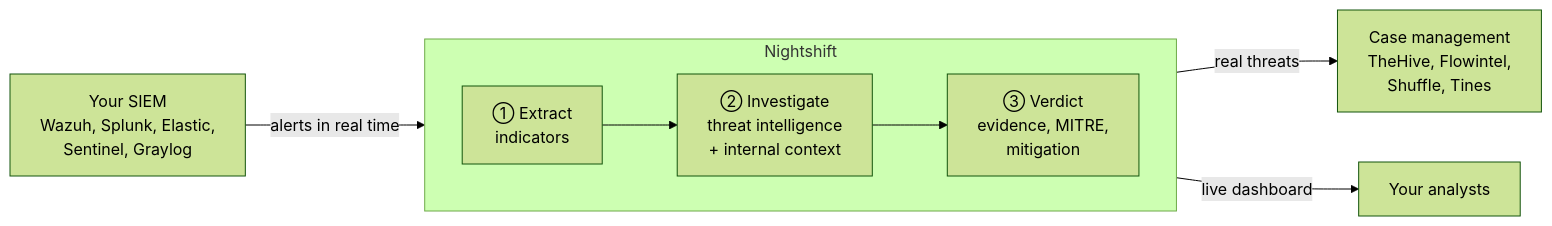
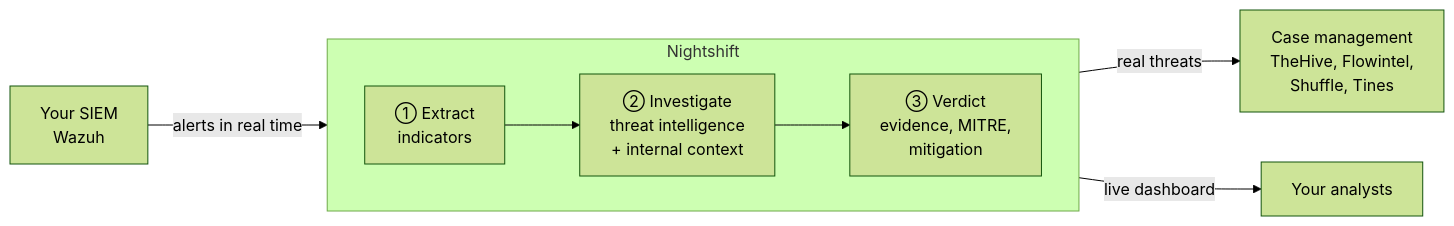
One commit to Imad-SH/Nightshift-Project changed the diagram in README.md. Above: the diagram before and after it, drawn with Mermaid (forest theme). The commit also changed other lines of this file, not shown here.

````diff
--- a/README.md
+++ b/README.md
@@ -38,10 +38,10 @@
 ```mermaid
 flowchart LR
-    SIEM["Your SIEM<br/>Wazuh, Splunk, Elastic,<br/>Sentinel, Graylog"] -->|alerts in real time| A1
+    SIEM["Your SIEM<br/>Wazuh"] -->|alerts in real time| A1
     subgraph NS["Nightshift"]
         direction LR
         A1["① Extract<br/>indicators"] --> A2["② Investigate<br/>threat intelligence<br/>+ internal context"] --> A3["③ Verdict<br/>evidence, MITRE,<br/>mitigation"]
     end
     A3 -->|real threats| SOAR["Case management<br/>TheHive, Flowintel,<br/>Shuffle, Tines"]
     A3 -->|live dashboard| SOC["Your analysts"]
 ```
````
